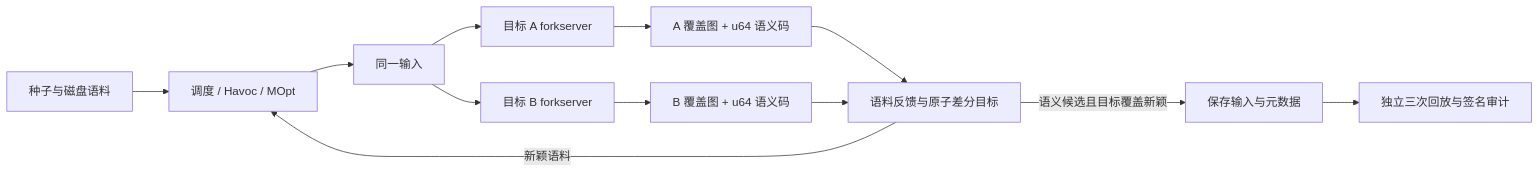
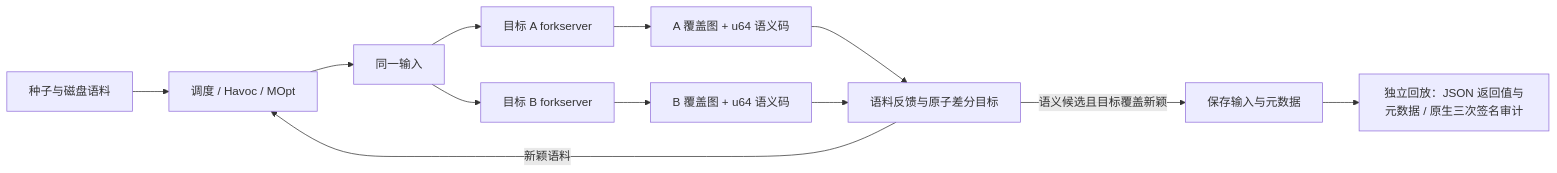
One commit to jiuhao47/PairFuzz changed the diagram in README.md. Above: the diagram before and after it, drawn with Mermaid. The commit also changed other lines of this file, not shown here.

Commit message:
docs: correct contest evidence boundaries

````diff
--- a/README.md
+++ b/README.md
@@ -89,14 +89,14 @@
 ```mermaid
 flowchart LR
     A[种子与磁盘语料] --> B[调度 / Havoc / MOpt]
     B --> C[同一输入]
     C --> D[目标 A forkserver]
     C --> E[目标 B forkserver]
     D --> F[A 覆盖图 + u64 语义码]
     E --> G[B 覆盖图 + u64 语义码]
     F --> H[语料反馈与原子差分目标]
     G --> H
     H -->|新颖语料| B
     H -->|语义候选且目标覆盖新颖| I[保存输入与元数据]
-    I --> J[独立三次回放与签名审计]
+    I --> J[独立回放：JSON 返回值与元数据 / 原生三次签名审计]
 ```
````
